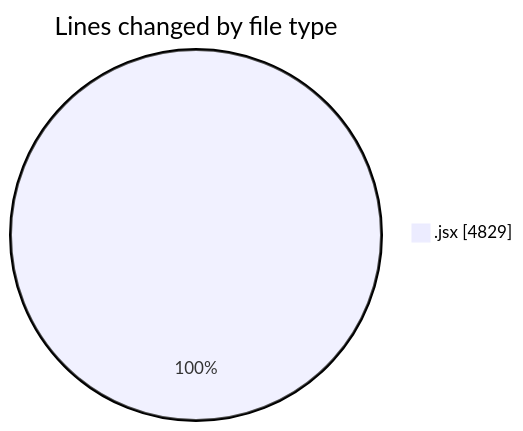
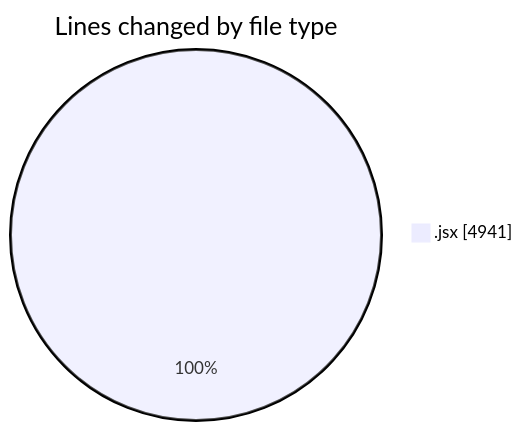
One commit to nxtqubesakshisongat/code-tracking changed the first of 2 diagrams in 2025-07-08/argos/README.md. Above: the diagram before and after it, drawn with Mermaid. The commit also changed other lines of this file and 1 other file, not shown here.

````diff
--- a/2025-07-08/argos/README.md
+++ b/2025-07-08/argos/README.md
@@ -26,5 +26,5 @@
 ```mermaid
 pie showData
 title Lines changed by file type
-".jsx" : 4829
+".jsx" : 4941
 ```
````
